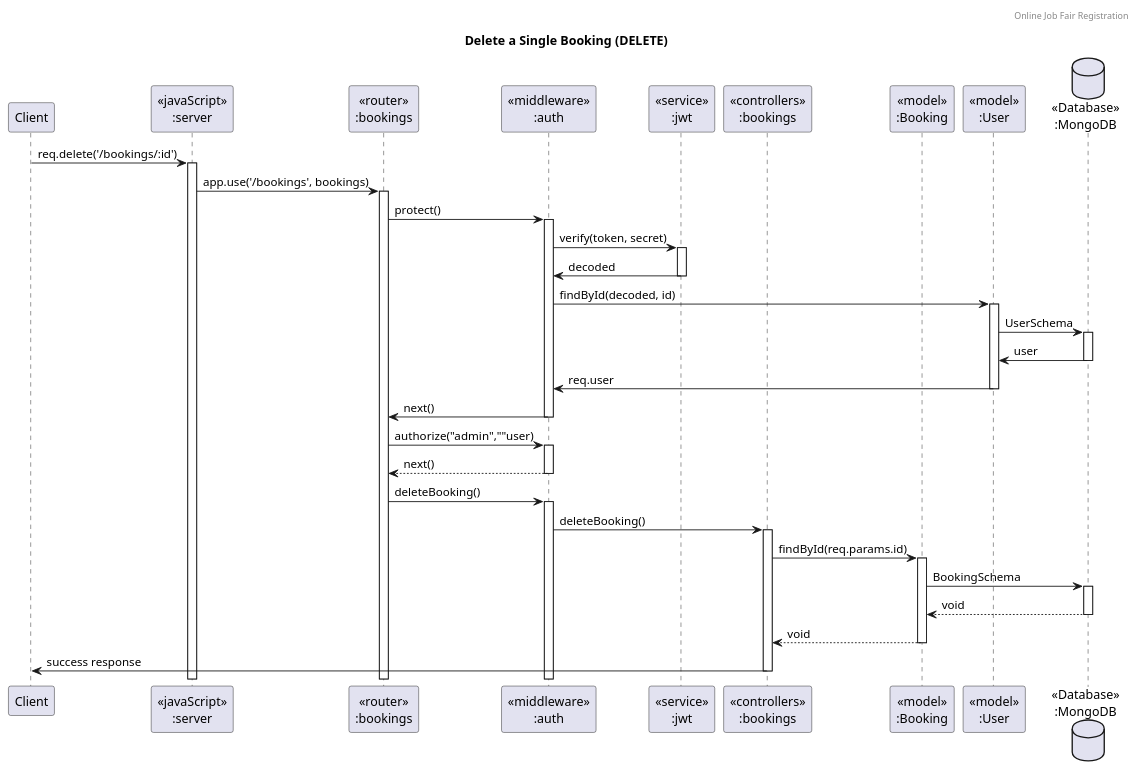
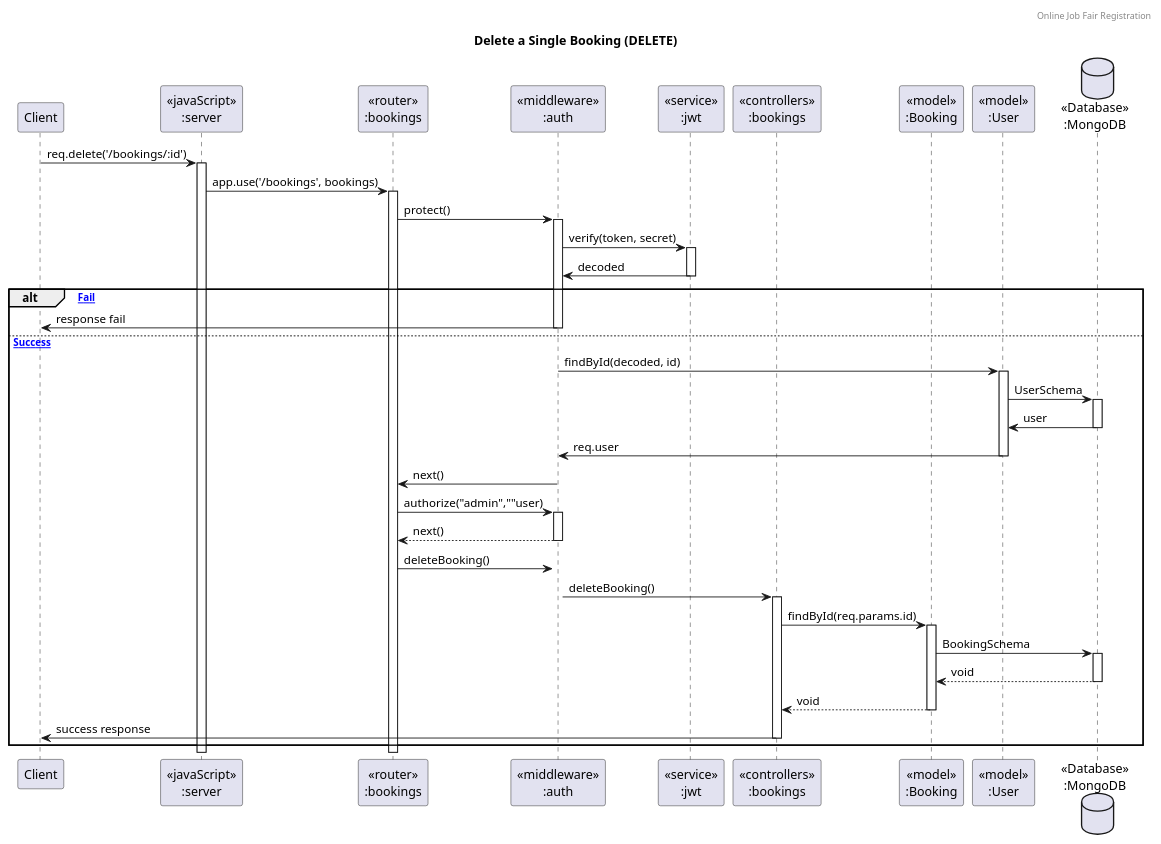
The diagram in assets/UML/SequenceDiagram/Booking/delete.puml (Bhuribhat/Online-Job-Fair-Registration), drawn with PlantUML before and after one commit. The commit also changed 5 other files, not shown here.

Commit message:
update: POST, PUT, DELETE booking diagram

```diff
--- a/assets/UML/SequenceDiagram/Booking/delete.puml
+++ b/assets/UML/SequenceDiagram/Booking/delete.puml
@@ -1,38 +1,43 @@
 @startuml Manage Booking (DELETE)
 
 header Online Job Fair Registration
 title "Delete a Single Booking (DELETE)"
 
 participant "Client" as client
 participant "<<javaScript>>\n:server" as server
 participant "<<router>>\n:bookings" as routerBookings
 participant "<<middleware>>\n:auth" as auth
 participant "<<service>>\n:jwt" as jwt
 participant "<<controllers>>\n:bookings" as controllersBookings
 participant "<<model>>\n:Booking" as modelBooking
 participant "<<model>>\n:User" as modelUser
 database "<<Database>>\n:MongoDB" as DatabaseSchema
 
 client->server ++:req.delete('/bookings/:id')
 server->routerBookings ++:app.use('/bookings', bookings)
 routerBookings -> auth ++:protect()
 auth -> jwt ++:verify(token, secret)
 auth <- jwt --:decoded
-auth -> modelUser ++:findById(decoded, id)
-modelUser -> DatabaseSchema ++:UserSchema
-modelUser <- DatabaseSchema --:user
-auth <- modelUser --:req.user
-routerBookings <- auth --:next()
 
-routerBookings -> auth ++:authorize("admin",""user)
-routerBookings <-- auth --:next()
+alt [Fail]
+    client <- auth --:response fail
+else [Success]
+    auth -> modelUser ++:findById(decoded, id)
+    modelUser -> DatabaseSchema ++:UserSchema
+    modelUser <- DatabaseSchema --:user
+    auth <- modelUser --:req.user
+    routerBookings <- auth --:next()
 
-routerBookings -> auth ++:deleteBooking()
-auth -> controllersBookings ++:deleteBooking()
-controllersBookings->modelBooking ++:findById(req.params.id)
-modelBooking ->DatabaseSchema ++: BookingSchema
-DatabaseSchema --> modelBooking --: void
-controllersBookings <-- modelBooking --:void
-controllersBookings->client --:success response
+    routerBookings -> auth ++:authorize("admin",""user)
+    routerBookings <-- auth --:next()
+
+    routerBookings -> auth ++:deleteBooking()
+    auth -> controllersBookings ++:deleteBooking()
+    controllersBookings->modelBooking ++:findById(req.params.id)
+    modelBooking ->DatabaseSchema ++: BookingSchema
+    DatabaseSchema --> modelBooking --: void
+    controllersBookings <-- modelBooking --:void
+    controllersBookings->client --:success response
+end
 
 @enduml
```
